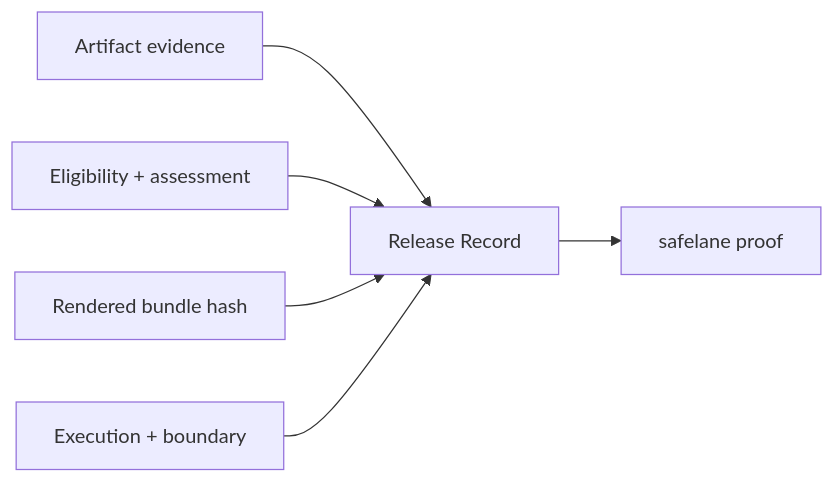
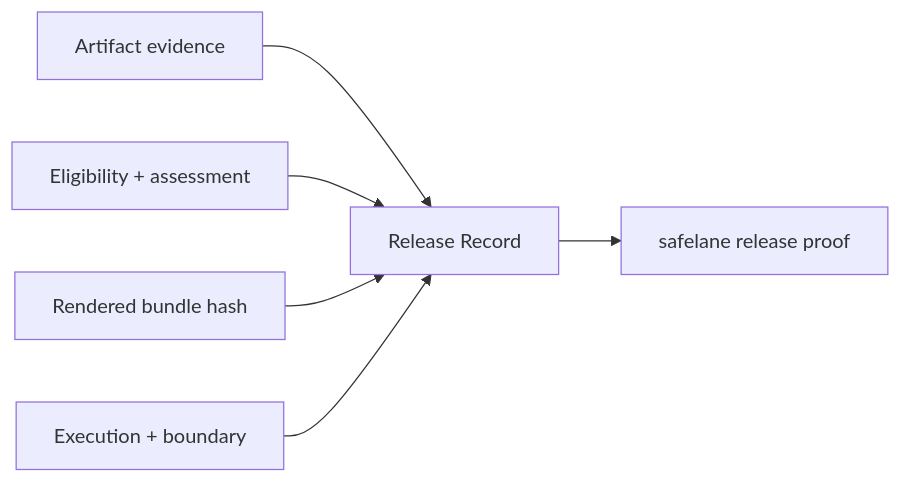
One commit to AndrewMaged814/safelane changed the diagram in website/src/content/docs/concepts/record-and-proof.md. Above: the diagram before and after it, drawn with Mermaid. The commit also changed 135 other files, not shown here.

````diff
--- a/website/src/content/docs/concepts/record-and-proof.md
+++ b/website/src/content/docs/concepts/record-and-proof.md
@@ -10,8 +10,8 @@
 ```mermaid
 flowchart LR
   A["Artifact evidence"] --> E["Release Record"]
   B["Eligibility + assessment"] --> E
   C["Rendered bundle hash"] --> E
   D["Execution + boundary"] --> E
-  E --> F["safelane proof <id>"]
+  E --> F["safelane release proof <id>"]
 ```
````
